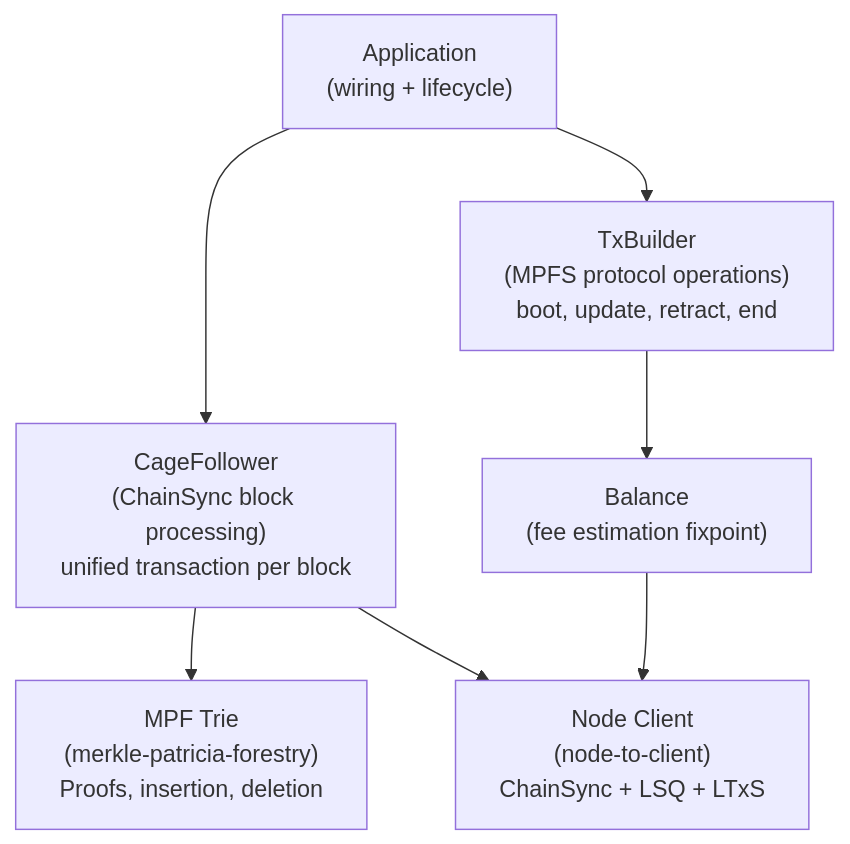
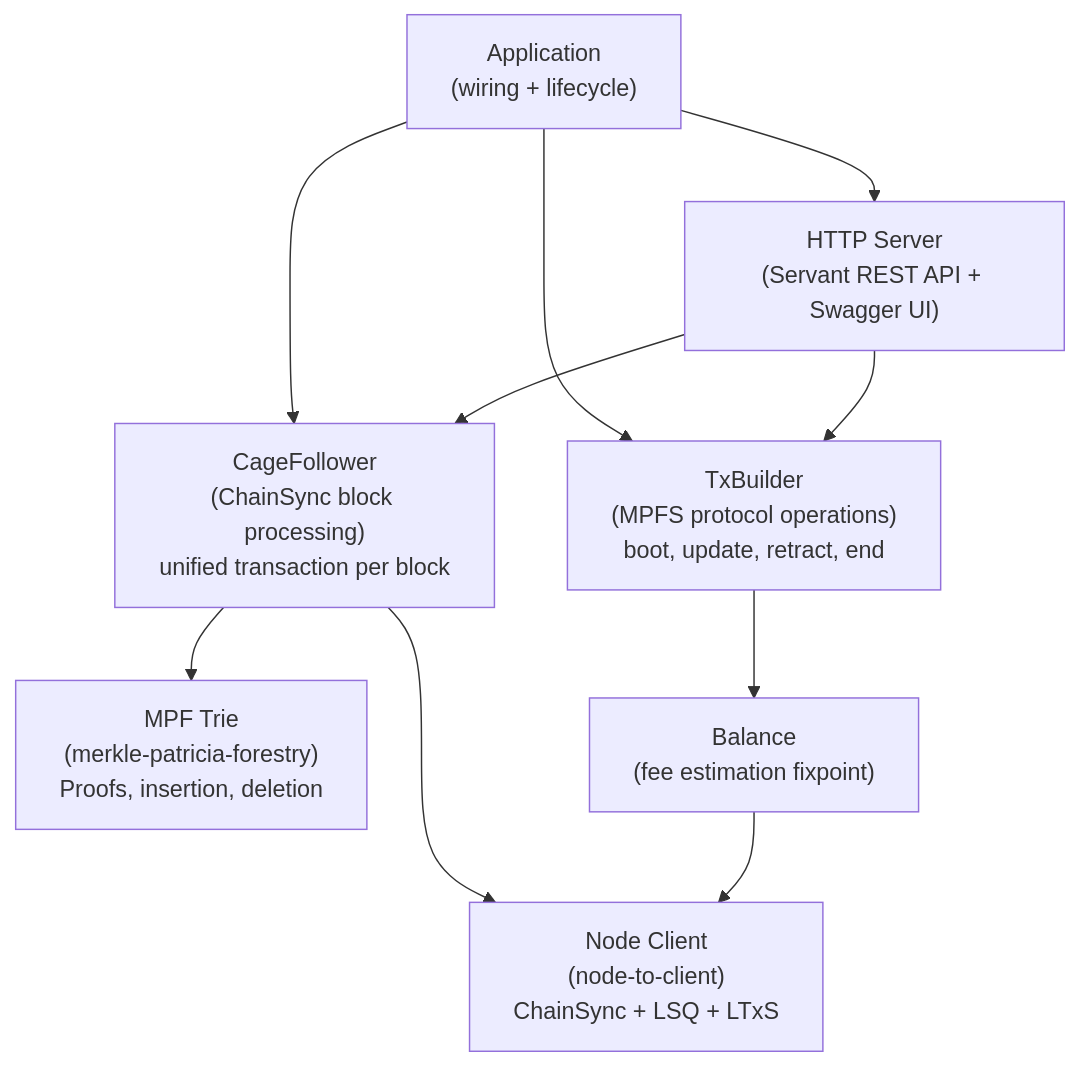
The first of 5 diagrams in docs/architecture/overview.md (lambdasistemi/cardano-mpfs-offchain), drawn with Mermaid before and after one commit. The commit also changed other lines of this file and 5 other files, not shown here.

First line of the commit message:
docs: update README and docs index for HTTP API

````diff
--- a/docs/architecture/overview.md
+++ b/docs/architecture/overview.md
@@ -5,13 +5,17 @@
 ```mermaid
 flowchart TD
     app["Application<br/>(wiring + lifecycle)"]
+    http["HTTP Server<br/>(Servant REST API + Swagger UI)"]
     idx["CageFollower<br/>(ChainSync block processing)<br/>unified transaction per block"]
     mpf["MPF Trie<br/>(merkle-patricia-forestry)<br/>Proofs, insertion, deletion"]
     txb["TxBuilder<br/>(MPFS protocol operations)<br/>boot, update, retract, end"]
     bal["Balance<br/>(fee estimation fixpoint)"]
     n2c["Node Client<br/>(node-to-client)<br/>ChainSync + LSQ + LTxS"]
 
+    app --> http
+    http --> txb
+    http --> idx
     app --> idx --> mpf
     app --> txb --> bal --> n2c
     idx --> n2c
 ```
````
